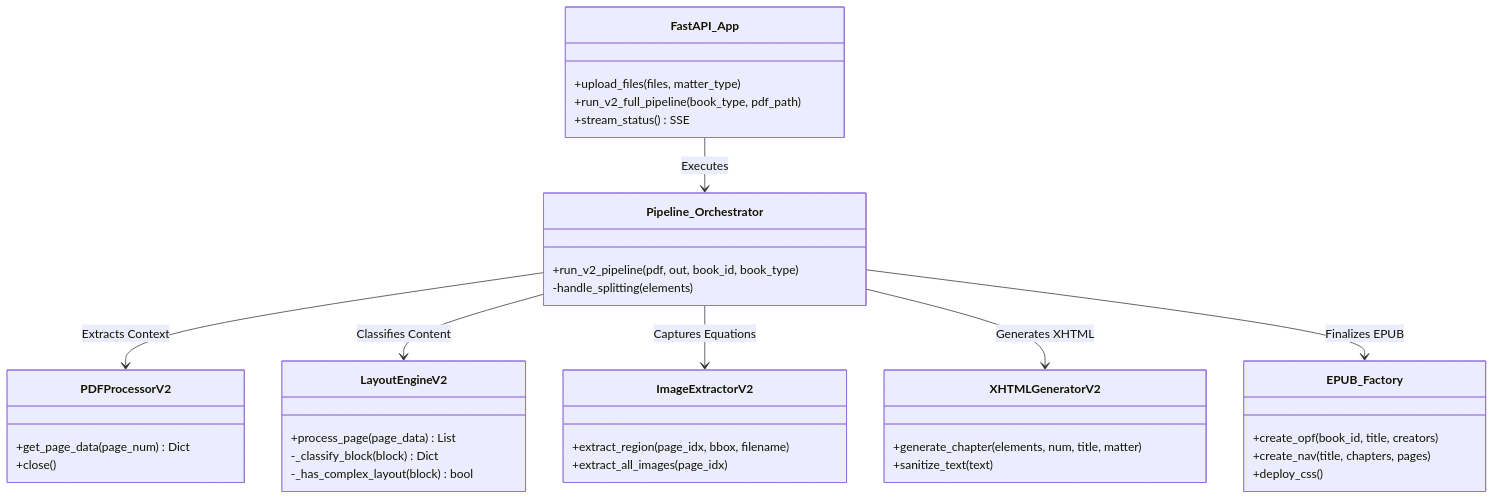
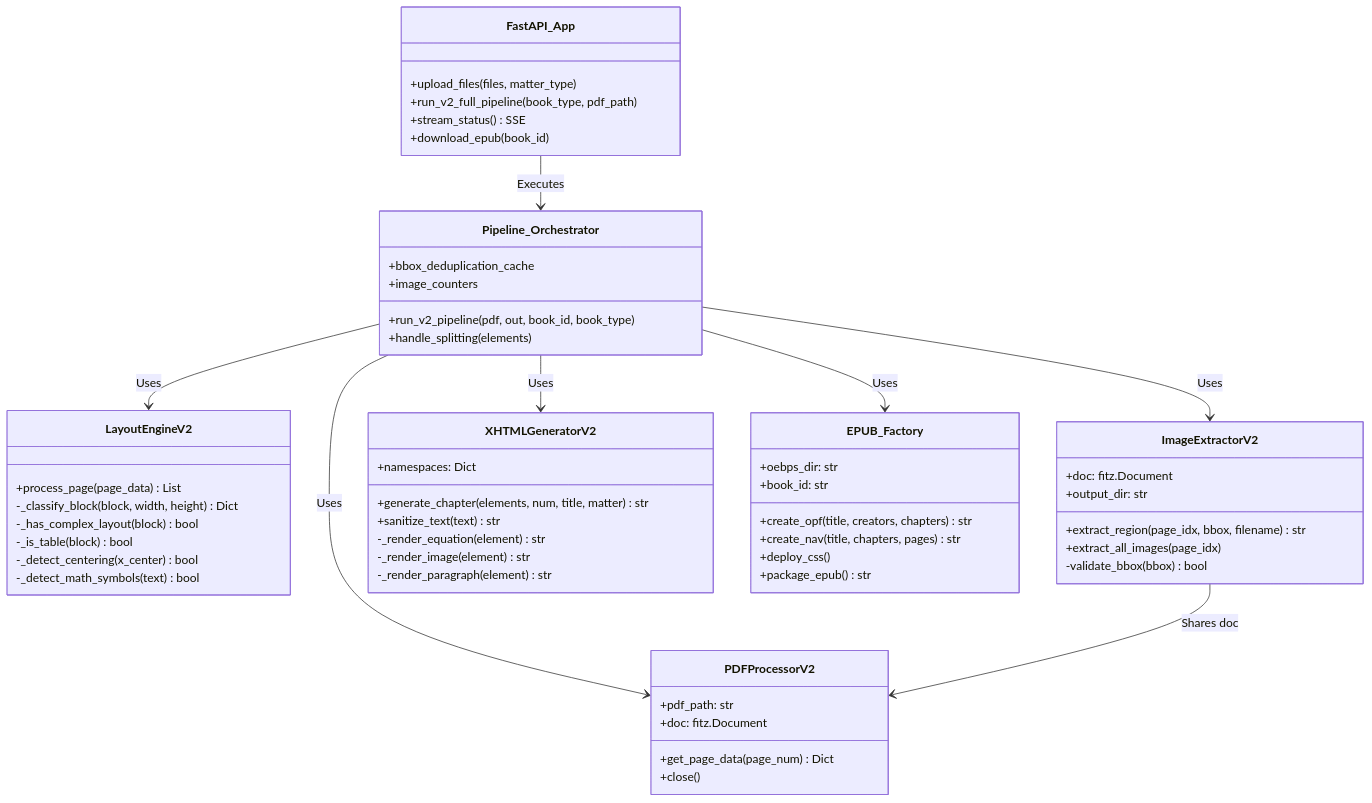
The first of 5 diagrams in PROJECT_DOCUMENTATION.md (shaik7867867860089-stack/epub), drawn with Mermaid before and after one commit. The commit also changed other lines of this file, not shown here.

````diff
--- a/PROJECT_DOCUMENTATION.md
+++ b/PROJECT_DOCUMENTATION.md
@@ -51,47 +70,66 @@
 ```mermaid
 classDiagram
     class FastAPI_App {
         +upload_files(files, matter_type)
         +run_v2_full_pipeline(book_type, pdf_path)
         +stream_status() SSE
+        +download_epub(book_id)
     }
 
     class Pipeline_Orchestrator {
         +run_v2_pipeline(pdf, out, book_id, book_type)
-        -handle_splitting(elements)
+        +handle_splitting(elements)
+        +bbox_deduplication_cache
+        +image_counters
     }
 
     class PDFProcessorV2 {
+        +pdf_path: str
+        +doc: fitz.Document
         +get_page_data(page_num) Dict
         +close()
     }
 
     class LayoutEngineV2 {
         +process_page(page_data) List
-        -_classify_block(block) Dict
+        -_classify_block(block, width, height) Dict
         -_has_complex_layout(block) bool
+        -_is_table(block) bool
+        -_detect_centering(x_center) bool
+        -_detect_math_symbols(text) bool
     }
 
     class ImageExtractorV2 {
-        +extract_region(page_idx, bbox, filename)
+        +doc: fitz.Document
+        +output_dir: str
+        +extract_region(page_idx, bbox, filename) str
         +extract_all_images(page_idx)
+        -validate_bbox(bbox) bool
     }
 
     class XHTMLGeneratorV2 {
-        +generate_chapter(elements, num, title, matter)
-        +sanitize_text(text)
+        +namespaces: Dict
+        +generate_chapter(elements, num, title, matter) str
+        +sanitize_text(text) str
+        -_render_equation(element) str
+        -_render_image(element) str
+        -_render_paragraph(element) str
     }
 
     class EPUB_Factory {
-        +create_opf(book_id, title, creators)
-        +create_nav(title, chapters, pages)
+        +oebps_dir: str
+        +book_id: str
+        +create_opf(title, creators, chapters) str
+        +create_nav(title, chapters, pages) str
         +deploy_css()
+        +package_epub() str
     }
 
     FastAPI_App --> Pipeline_Orchestrator : Executes
-    Pipeline_Orchestrator --> PDFProcessorV2 : Extracts Context
-    Pipeline_Orchestrator --> LayoutEngineV2 : Classifies Content
-    Pipeline_Orchestrator --> ImageExtractorV2 : Captures Equations
-    Pipeline_Orchestrator --> XHTMLGeneratorV2 : Generates XHTML
-    Pipeline_Orchestrator --> EPUB_Factory : Finalizes EPUB
+    Pipeline_Orchestrator --> PDFProcessorV2 : Uses
+    Pipeline_Orchestrator --> LayoutEngineV2 : Uses
+    Pipeline_Orchestrator --> ImageExtractorV2 : Uses
+    Pipeline_Orchestrator --> XHTMLGeneratorV2 : Uses
+    Pipeline_Orchestrator --> EPUB_Factory : Uses
+    ImageExtractorV2 --> PDFProcessorV2 : Shares doc
 ```
````
